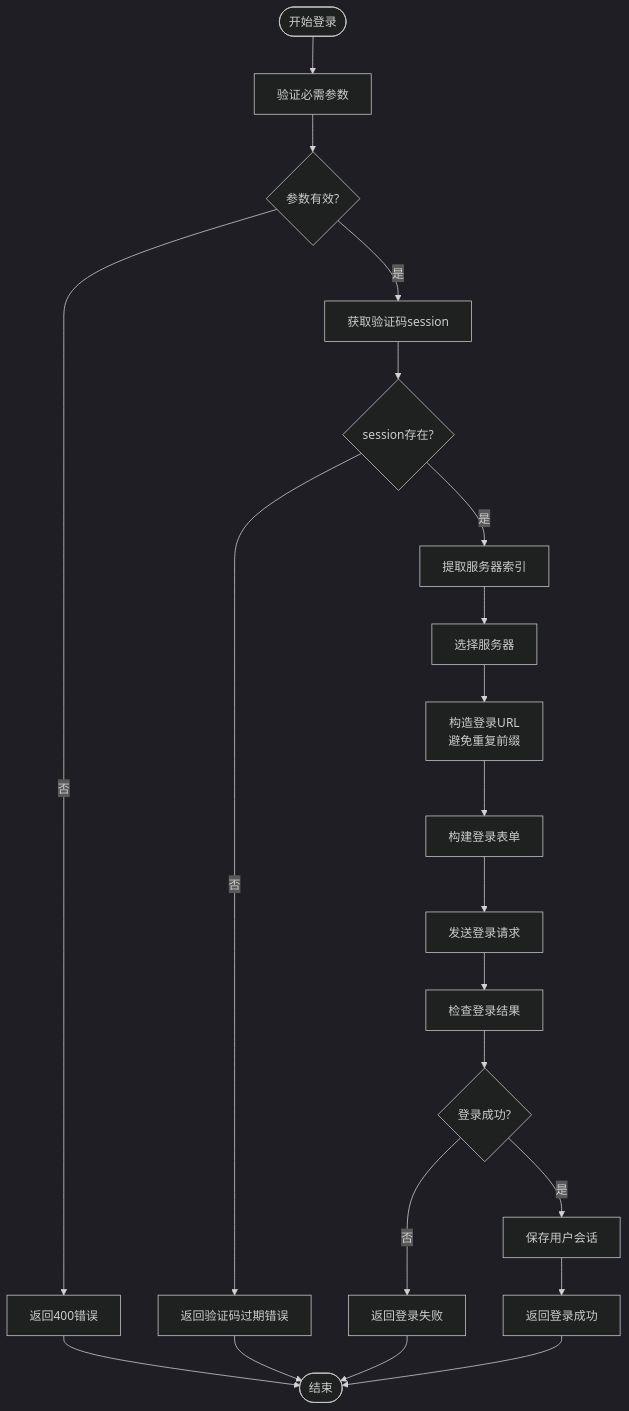
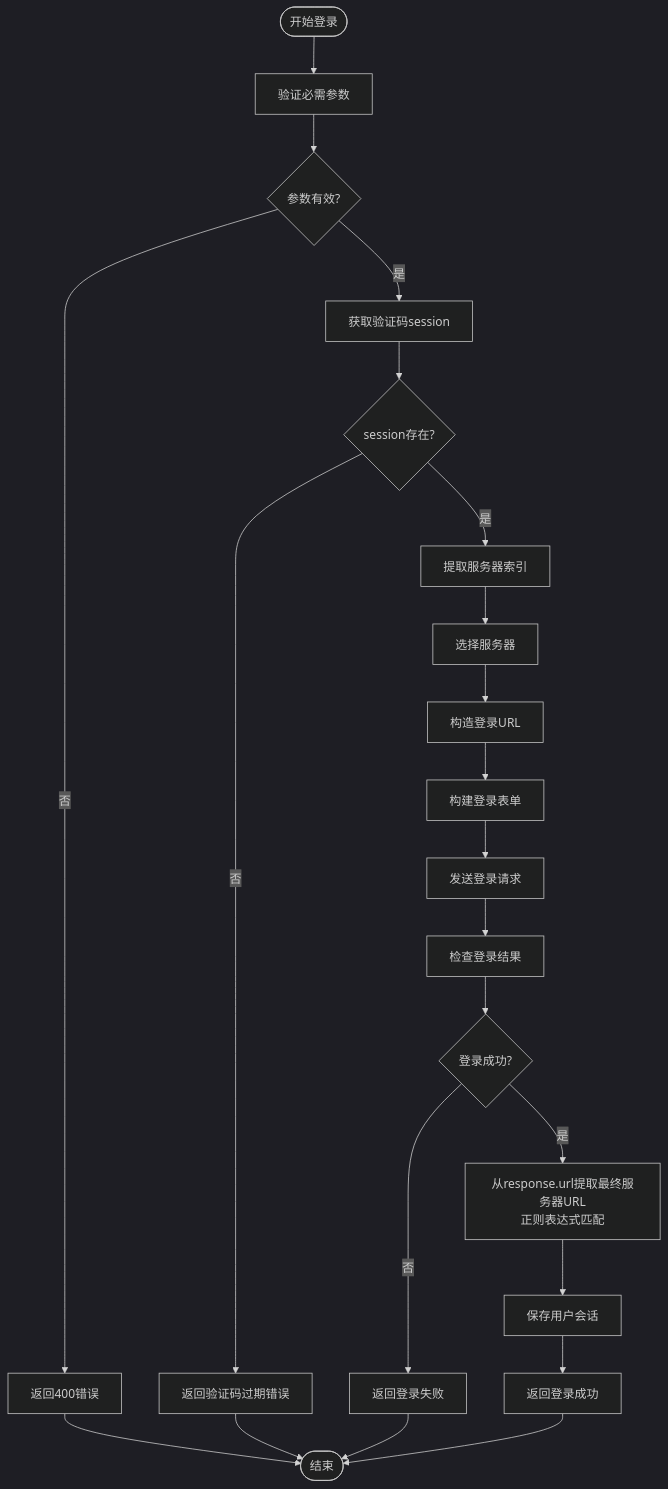
One commit to ghbbn053-ship-itsoulddog/soulddog changed the third of 6 diagrams in .qoder/repowiki/zh/content/后端API文档/用户认证API.md. Above: the diagram before and after it, drawn with Mermaid (dark theme). The commit also changed other lines of this file and 10 other files, not shown here.

````diff
--- a/.qoder/repowiki/zh/content/后端API文档/用户认证API.md
+++ b/.qoder/repowiki/zh/content/后端API文档/用户认证API.md
@@ -201,23 +202,24 @@
 ```mermaid
 flowchart TD
 Start([开始登录]) --> ValidateParams["验证必需参数"]
 ValidateParams --> ParamsValid{"参数有效?"}
 ParamsValid --> |否| Return400["返回400错误"]
 ParamsValid --> |是| GetCaptchaSession["获取验证码session"]
 GetCaptchaSession --> SessionExists{"session存在?"}
 SessionExists --> |否| ReturnExpired["返回验证码过期错误"]
 SessionExists --> |是| ExtractServerIndex["提取服务器索引"]
 ExtractServerIndex --> SelectServer["选择服务器"]
-SelectServer --> BuildLoginURL["构造登录URL<br/>避免重复前缀"]
+SelectServer --> BuildLoginURL["构造登录URL"]
 BuildLoginURL --> BuildFormData["构建登录表单"]
 BuildFormData --> SendLogin["发送登录请求"]
 SendLogin --> CheckResult["检查登录结果"]
 CheckResult --> LoginSuccess{"登录成功?"}
-LoginSuccess --> |是| SaveSession["保存用户会话"]
+LoginSuccess --> |是| ExtractFinalURL["从response.url提取最终服务器URL<br/>正则表达式匹配"]
+ExtractFinalURL --> SaveSession["保存用户会话"]
 LoginSuccess --> |否| ReturnFail["返回登录失败"]
 SaveSession --> ReturnSuccess["返回登录成功"]
 Return400 --> End([结束])
 ReturnExpired --> End
 ReturnFail --> End
 ReturnSuccess --> End
 ```
````
